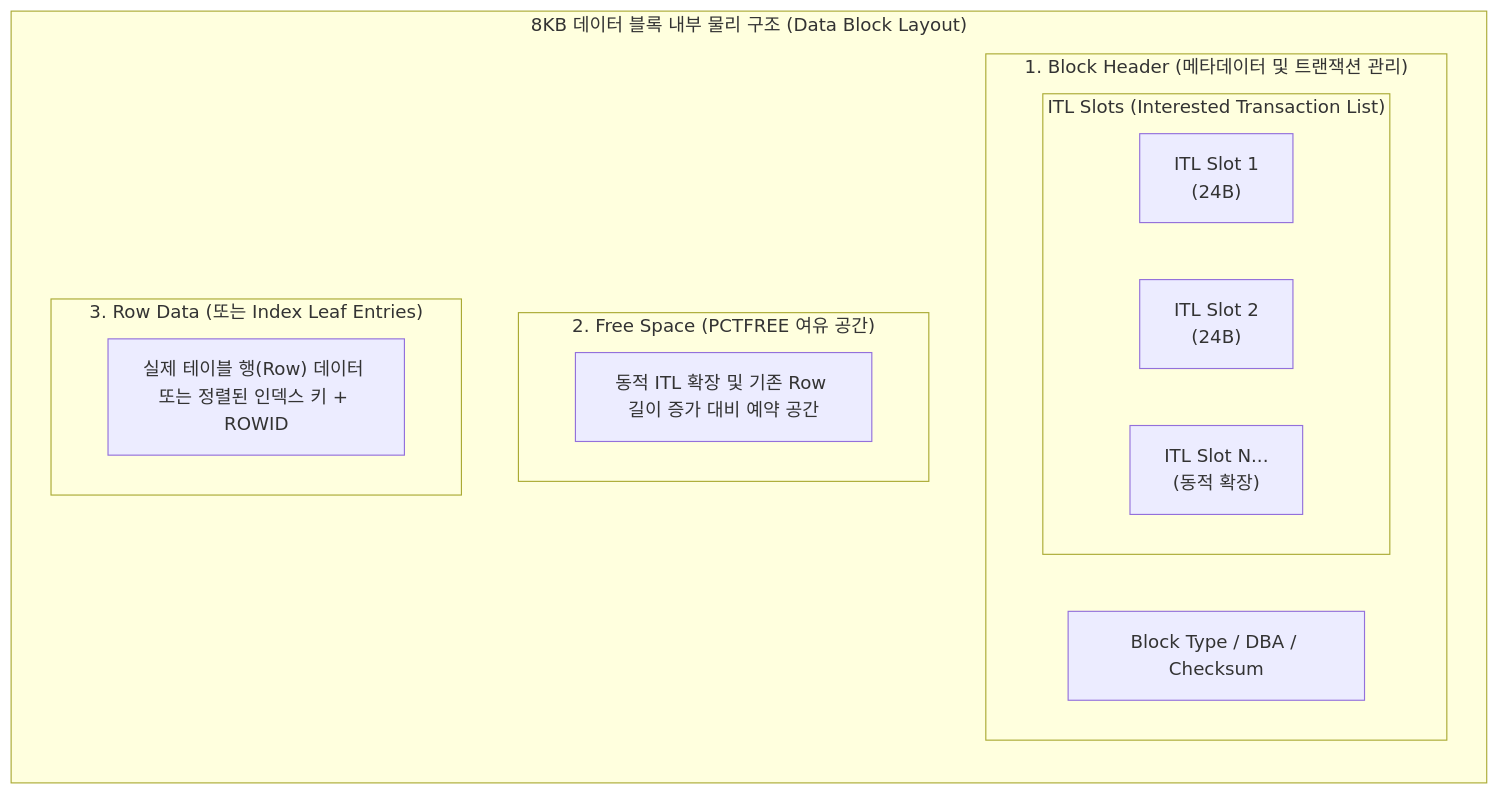
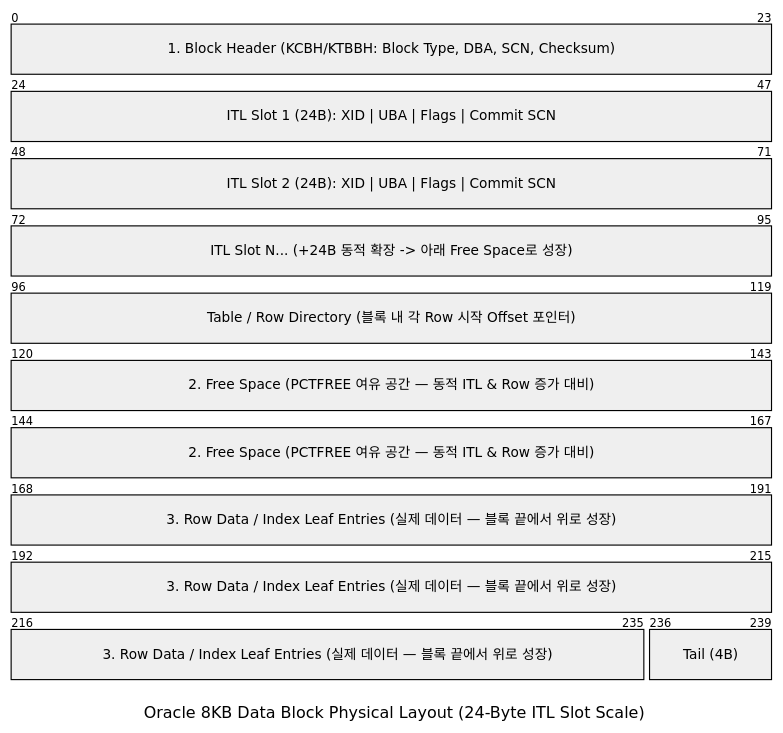
One commit to djpibo/djpibo.github.io changed the first of 9 diagrams in docs/dbms/oracle/high-concurrency-insert-itl-and-index-split.md. Above: the diagram before and after it, drawn with Mermaid. The commit also changed other lines of this file, not shown here.

Commit message:
docs(oracle): render 8KB Data Block Figure 1 as 24-byte ITL packet layout

````diff
--- a/docs/dbms/oracle/high-concurrency-insert-itl-and-index-split.md
+++ b/docs/dbms/oracle/high-concurrency-insert-itl-and-index-split.md
@@ -30,28 +32,19 @@
 ```mermaid
-flowchart TB
-    subgraph DataBlock["8KB 데이터 블록 내부 물리 구조 (Data Block Layout)"]
-        direction TB
-        subgraph Header["1. Block Header (메타데이터 및 트랜잭션 관리)"]
-            direction LR
-            HeaderMeta["Block Type / DBA / Checksum"]
-            subgraph ITL["ITL Slots (Interested Transaction List)"]
-                ITL1["ITL Slot 1<br/>(24B)"]
-                ITL2["ITL Slot 2<br/>(24B)"]
-                ITLN["ITL Slot N...<br/>(동적 확장)"]
-            end
-        end
-
-        subgraph FreeSpace["2. Free Space (PCTFREE 여유 공간)"]
-            FreeDesc["동적 ITL 확장 및 기존 Row 길이 증가 대비 예약 공간"]
-        end
-
-        subgraph Body["3. Row Data (또는 Index Leaf Entries)"]
-            RowDesc["실제 테이블 행(Row) 데이터 또는 정렬된 인덱스 키 + ROWID"]
-        end
-    end
-
-    class HeaderMeta headerStyle;
-    class ITL1,ITL2,ITLN itlStyle;
-    class FreeDesc freeStyle;
-    class RowDesc bodyStyle;
+---
+config:
+  packet:
+    bitsPerRow: 24
+    bitWidth: 28
+    rowHeight: 44
+---
+packet-beta
+  title Oracle 8KB Data Block Physical Layout (24-Byte ITL Slot Scale)
+  0-23: "1. Block Header (KCBH/KTBBH: Block Type, DBA, SCN, Checksum)"
+  24-47: "ITL Slot 1 (24B): XID | UBA | Flags | Commit SCN"
+  48-71: "ITL Slot 2 (24B): XID | UBA | Flags | Commit SCN"
+  72-95: "ITL Slot N... (+24B 동적 확장 -> 아래 Free Space로 성장)"
+  96-119: "Table / Row Directory (블록 내 각 Row 시작 Offset 포인터)"
+  120-167: "2. Free Space (PCTFREE 여유 공간 — 동적 ITL & Row 증가 대비)"
+  168-235: "3. Row Data / Index Leaf Entries (실제 데이터 — 블록 끝에서 위로 성장)"
+  236-239: "Tail (4B)"
 ```
````
